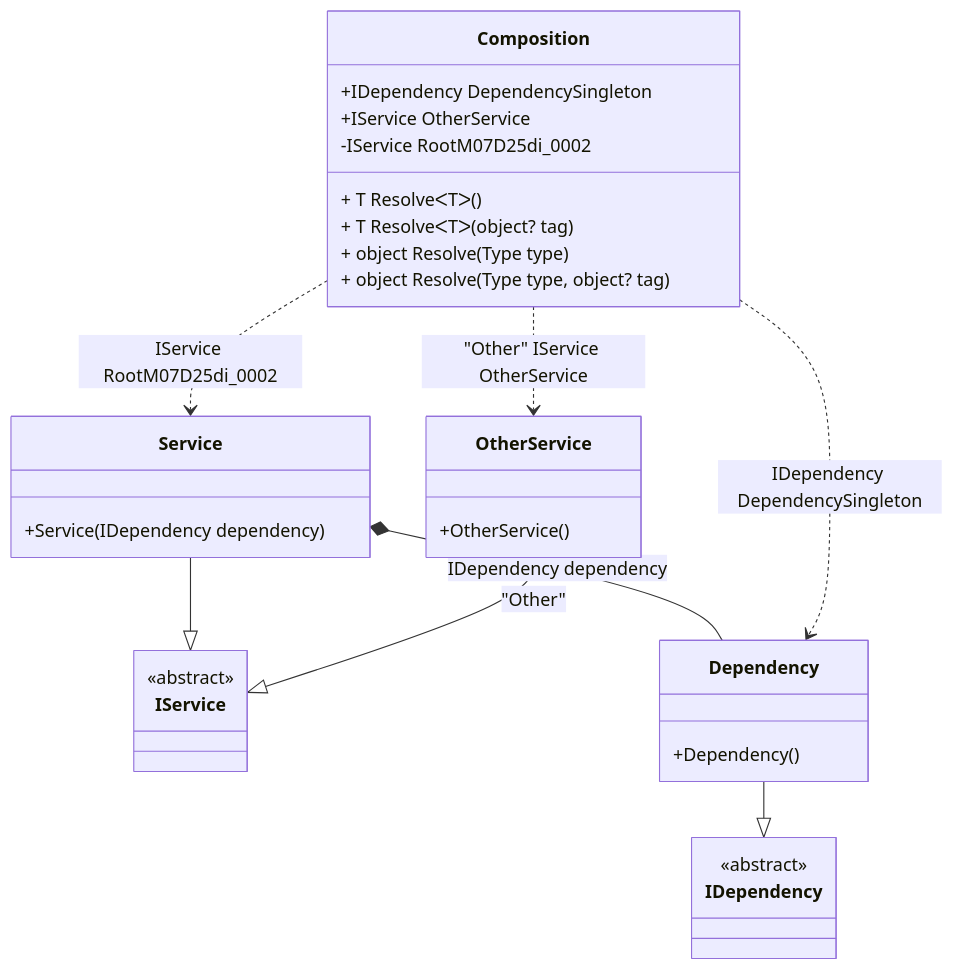
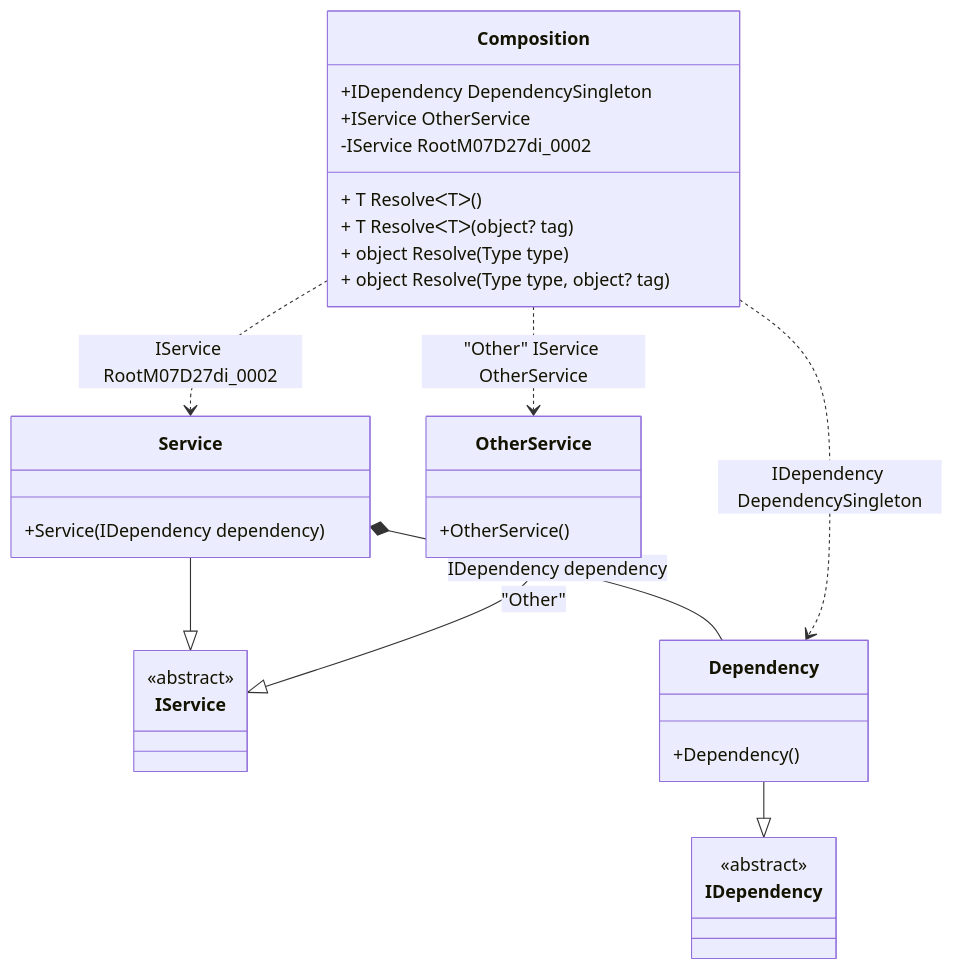
The diagram in readme/resolve-methods.md (DevTeam/Pure.DI), drawn with Mermaid before and after one commit. The commit also changed other lines of this file and 53 other files, not shown here.

````diff
--- a/readme/resolve-methods.md
+++ b/readme/resolve-methods.md
@@ -47,34 +47,34 @@
 ```mermaid
 classDiagram
   class Composition {
     +IDependency DependencySingleton
     +IService OtherService
-    -IService RootM07D25di_0002
+    -IService RootM07D27di_0002
     + T ResolveᐸTᐳ()
     + T ResolveᐸTᐳ(object? tag)
     + object Resolve(Type type)
     + object Resolve(Type type, object? tag)
   }
   Service --|> IService : 
   class Service {
     +Service(IDependency dependency)
   }
   Dependency --|> IDependency : 
   class Dependency {
     +Dependency()
   }
   OtherService --|> IService : "Other" 
   class OtherService {
     +OtherService()
   }
   class IService {
     <<abstract>>
   }
   class IDependency {
     <<abstract>>
   }
   Service *--  Dependency : IDependency dependency
   Composition ..> Dependency : IDependency DependencySingleton
-  Composition ..> Service : IService RootM07D25di_0002
+  Composition ..> Service : IService RootM07D27di_0002
   Composition ..> OtherService : "Other" IService OtherService
 ```
````
